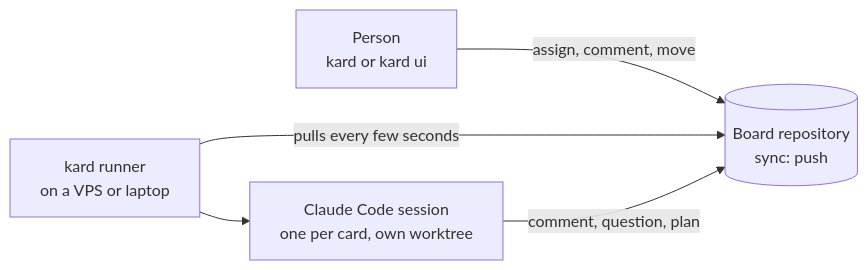
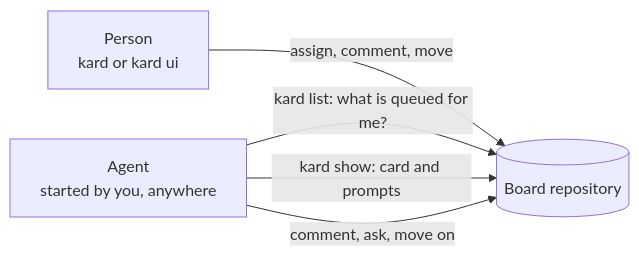
The first of 2 diagrams in docs/agents.md (dvpnk/kardboard), drawn with Mermaid before and after one commit. The commit also changed other lines of this file and 11 other files, not shown here.

First line of the commit message:
feat: agents work cards without runs: kard list --state, prompts in kard show --json

````diff
--- a/docs/agents.md
+++ b/docs/agents.md
@@ -12,12 +13,11 @@
 ```mermaid
 flowchart LR
   person["Person<br/>kard or kard ui"]
-  repo[("Board repository<br/>sync: push")]
-  runner["kard runner<br/>on a VPS or laptop"]
-  session["Claude Code session<br/>one per card, own worktree"]
+  repo[("Board repository")]
+  agent["Agent<br/>started by you, anywhere"]
 
   person -- "assign, comment, move" --> repo
-  runner -- "pulls every few seconds" --> repo
-  runner --> session
-  session -- "comment, question, plan" --> repo
+  agent -- "kard list: what is queued for me?" --> repo
+  agent -- "kard show: card and prompts" --> repo
+  agent -- "comment, ask, move on" --> repo
 ```
````
